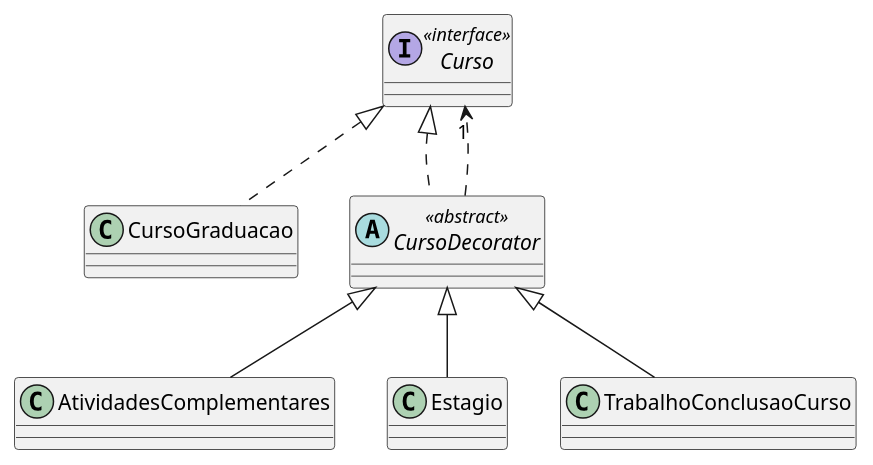
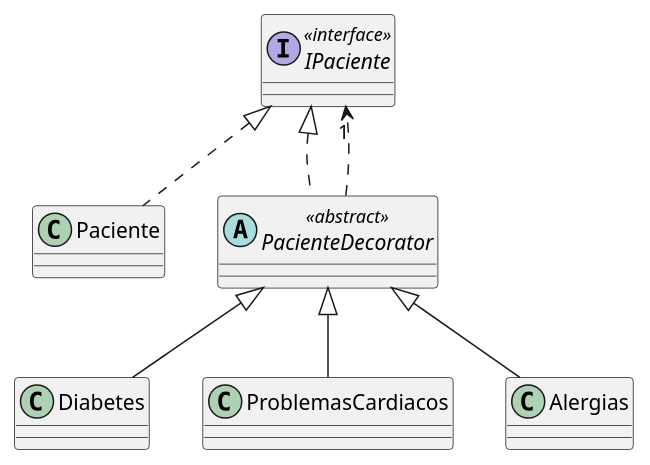
The diagram in classes.puml (B4Hive/Decorator-DCC078-2026-3-A), drawn with PlantUML before and after one commit. The commit also changed 12 other files, not shown here.

Commit message:
Implement Decorator pattern with IPaciente interface and concrete decorators for Alergias, Diabetes, and Problemas Cardiacos; add main application and tests; update README and UML diagram.

```diff
--- a/classes.puml
+++ b/classes.puml
@@ -1,12 +1,12 @@
 @startuml Decorator
 
-interface Curso <<interface>>
-class CursoGraduacao implements Curso
-abstract class CursoDecorator <<abstract>> implements Curso
-class AtividadesComplementares extends CursoDecorator
-class Estagio extends CursoDecorator
-class TrabalhoConclusaoCurso extends CursoDecorator
+interface IPaciente <<interface>>
+class Paciente implements IPaciente
+abstract class PacienteDecorator <<abstract>> implements IPaciente
+class Diabetes extends PacienteDecorator
+class ProblemasCardiacos extends PacienteDecorator
+class Alergias extends PacienteDecorator
 
-CursoDecorator ..> "1" Curso
+PacienteDecorator ..> "1" IPaciente
 
 @enduml
```
